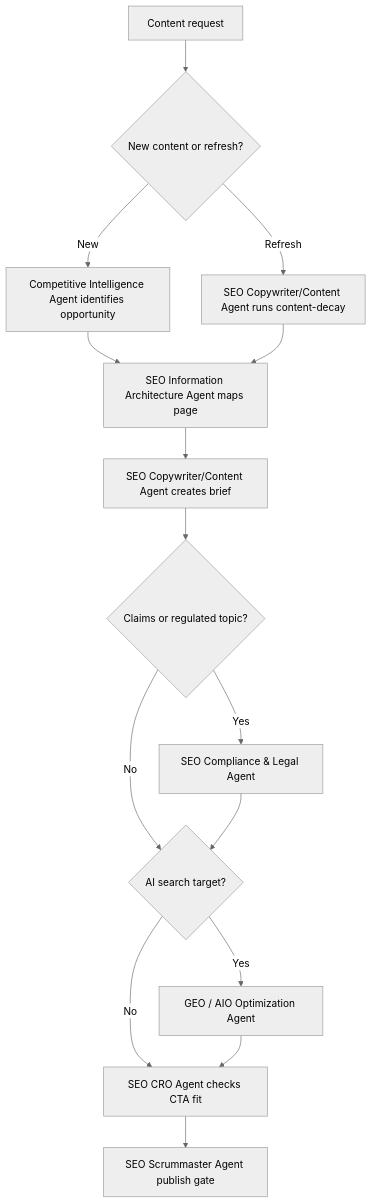
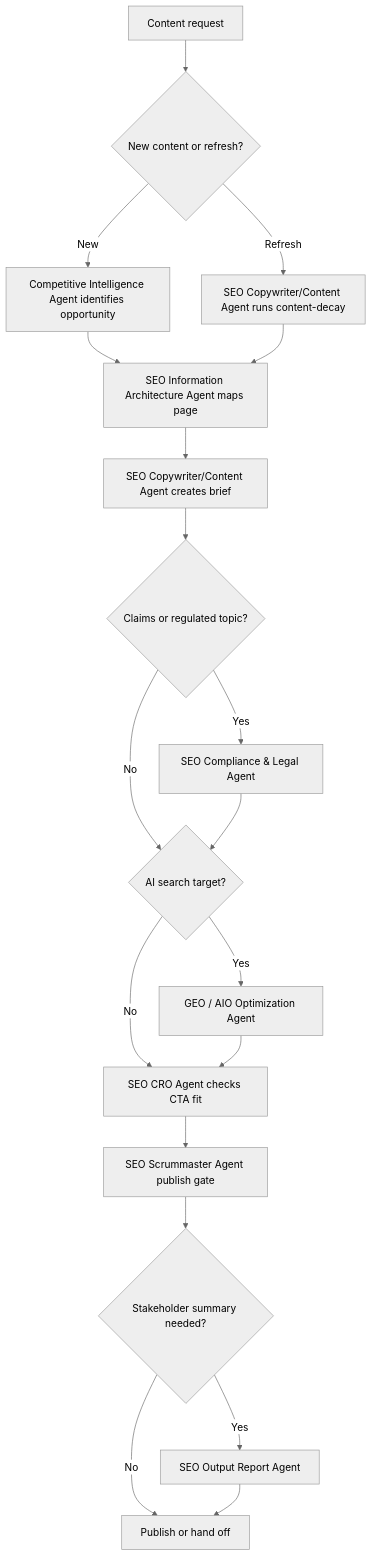
Before and after one commit to wfprieto/World-Class-SEO-Agent-System: the diagram in workflows/content-production-workflow.md, drawn with Mermaid (neutral theme). The commit also changed other lines of this file and 13 other files, not shown here.

Commit message:
Add plain-language SEO output report agent

````diff
--- a/workflows/content-production-workflow.md
+++ b/workflows/content-production-workflow.md
@@ -30,17 +31,21 @@
 ```mermaid
 flowchart TD
   A["Content request"] --> B{"New content or refresh?"}
   B -->|New| C["Competitive Intelligence Agent identifies opportunity"]
   B -->|Refresh| D["SEO Copywriter/Content Agent runs content-decay"]
   C --> E["SEO Information Architecture Agent maps page"]
   D --> E
   E --> F["SEO Copywriter/Content Agent creates brief"]
   F --> G{"Claims or regulated topic?"}
   G -->|Yes| H["SEO Compliance & Legal Agent"]
   G -->|No| I{"AI search target?"}
   H --> I
   I -->|Yes| J["GEO / AIO Optimization Agent"]
   I -->|No| K["SEO CRO Agent checks CTA fit"]
   J --> K
   K --> L["SEO Scrummaster Agent publish gate"]
+  L --> M{"Stakeholder summary needed?"}
+  M -->|Yes| N["SEO Output Report Agent"]
+  M -->|No| O["Publish or hand off"]
+  N --> O
 ```
````
